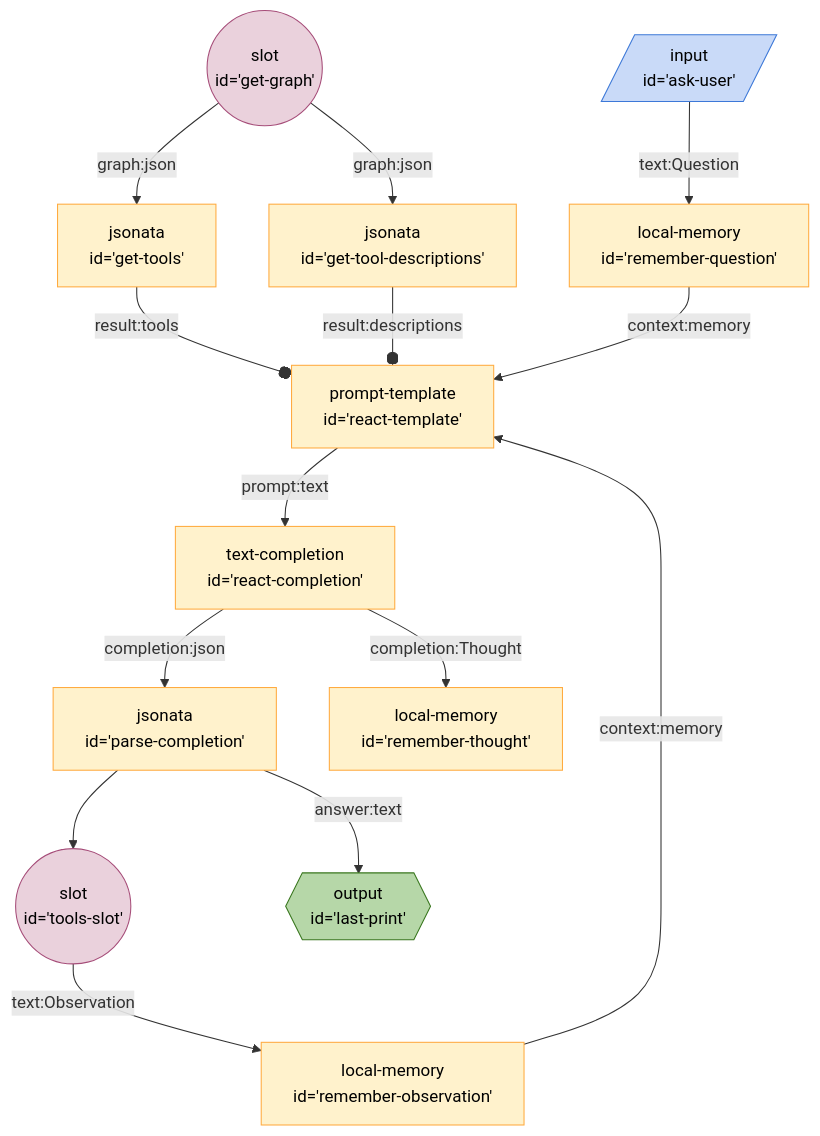
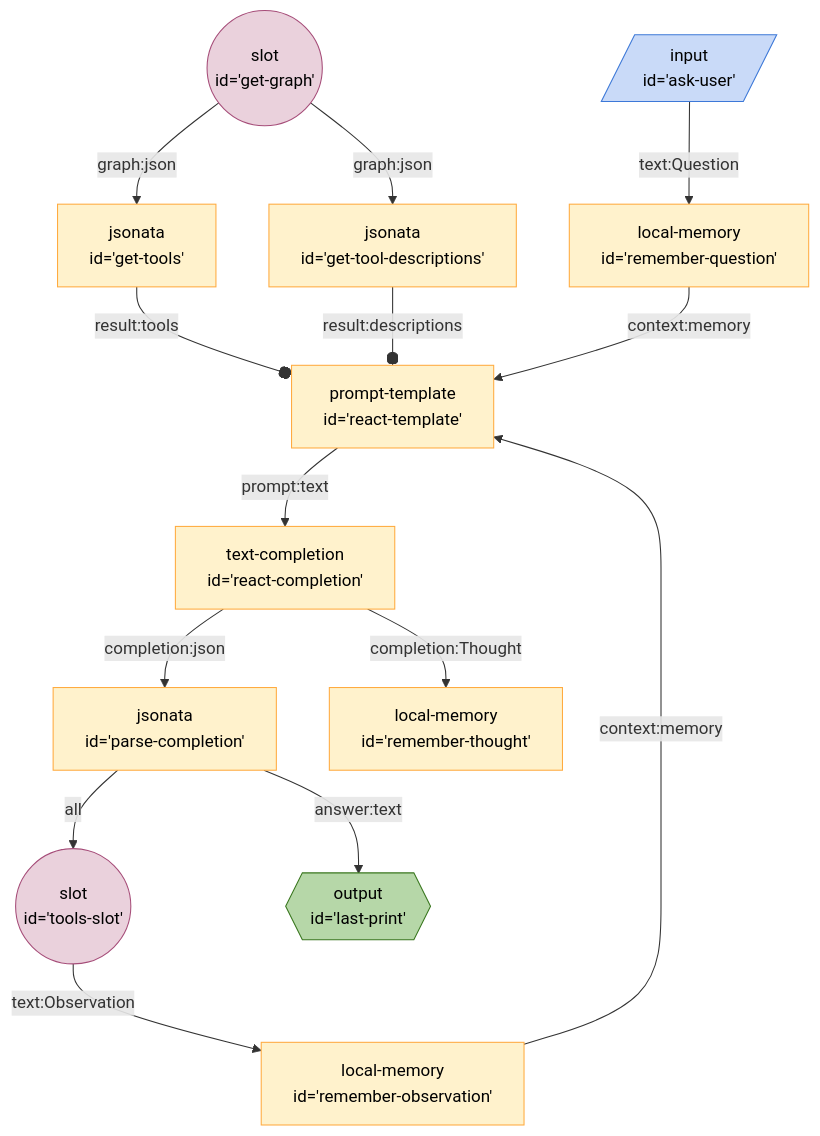
The diagram in seeds/graph-playground/docs/graphs/react-with-slot.md (breadboard-ai/breadboard), drawn with Mermaid before and after one commit. The commit also changed 15 other files, not shown here.

First line of the commit message:
[graphs] More docs.

````diff
--- a/seeds/graph-playground/docs/graphs/react-with-slot.md
+++ b/seeds/graph-playground/docs/graphs/react-with-slot.md
@@ -4,49 +4,49 @@
 ```mermaid
-%%{init: 'themeVariables': { 'fontFamily': 'Fira Code, monospace' }}}%%
+%%{init: 'themeVariables': { 'fontFamily': 'Fira Code, monospace' }}%%
 graph TD;
 getgraph(("slot
 id='get-graph'")):::slot -- graph:json --> gettools["jsonata
 id='get-tools'"]
 getgraph(("slot
 id='get-graph'")):::slot -- graph:json --> gettooldescriptions["jsonata
 id='get-tool-descriptions'"]
 gettools["jsonata
 id='get-tools'"] -- result:tools --o reacttemplate["prompt-template
 id='react-template'"]
 gettooldescriptions["jsonata
 id='get-tool-descriptions'"] -- result:descriptions --o reacttemplate["prompt-template
 id='react-template'"]
 askuser[/"input
 id='ask-user'"/]:::input -- text:Question --> rememberquestion["local-memory
 id='remember-question'"]
 rememberquestion["local-memory
 id='remember-question'"] -- context:memory --> reacttemplate["prompt-template
 id='react-template'"]
 reacttemplate["prompt-template
 id='react-template'"] -- prompt:text --> reactcompletion["text-completion
 id='react-completion'"]
 reactcompletion["text-completion
 id='react-completion'"] -- completion:json --> parsecompletion["jsonata
 id='parse-completion'"]
 reactcompletion["text-completion
 id='react-completion'"] -- completion:Thought --> rememberthought["local-memory
 id='remember-thought'"]
 parsecompletion["jsonata
-id='parse-completion'"] --> toolsslot(("slot
+id='parse-completion'"] -- all --> toolsslot(("slot
 id='tools-slot'")):::slot
 toolsslot(("slot
 id='tools-slot'")):::slot -- text:Observation --> rememberobservation["local-memory
 id='remember-observation'"]
 rememberobservation["local-memory
 id='remember-observation'"] -- context:memory --> reacttemplate["prompt-template
 id='react-template'"]
 parsecompletion["jsonata
 id='parse-completion'"] -- answer:text --> lastprint{{"output
 id='last-print'"}}:::output
 classDef default stroke:#ffab40,fill:#fff2ccff,color:#000
 classDef input stroke:#3c78d8,fill:#c9daf8ff,color:#000
 classDef output stroke:#38761d,fill:#b6d7a8ff,color:#000
 classDef passthrough stroke:#a64d79,fill:#ead1dcff,color:#000
 classDef slot stroke:#a64d79,fill:#ead1dcff,color:#000
 classDef slotted stroke:#a64d79
 ```
````
